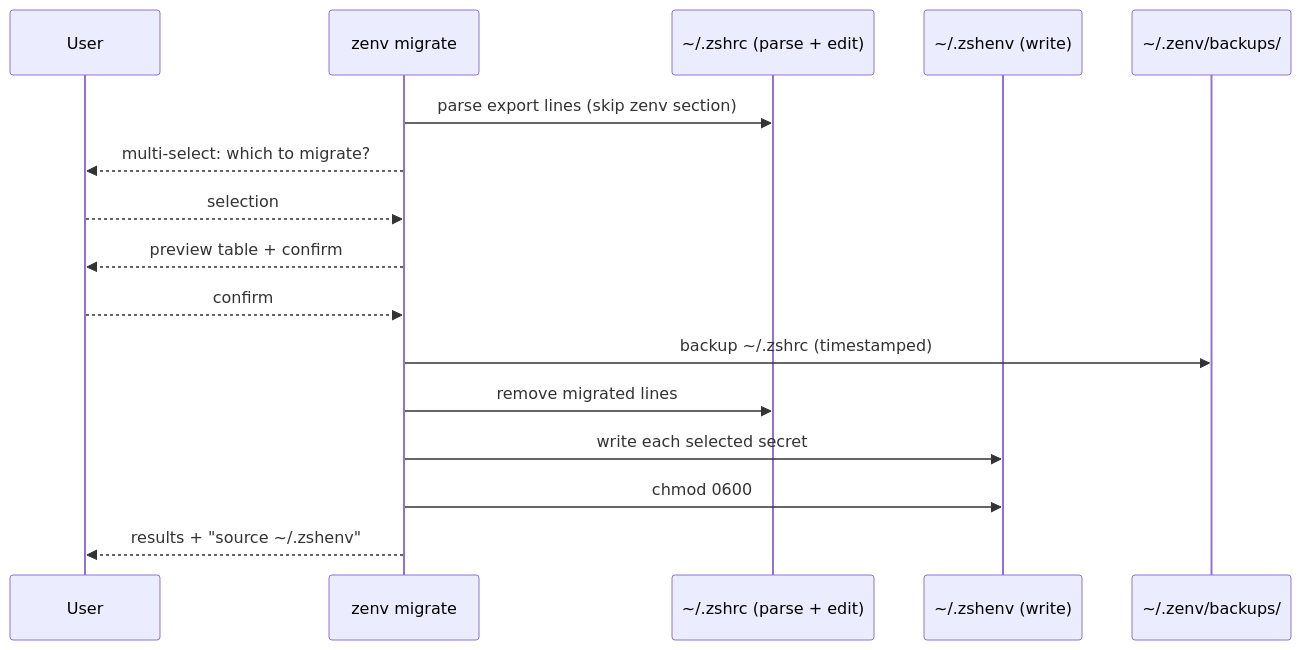
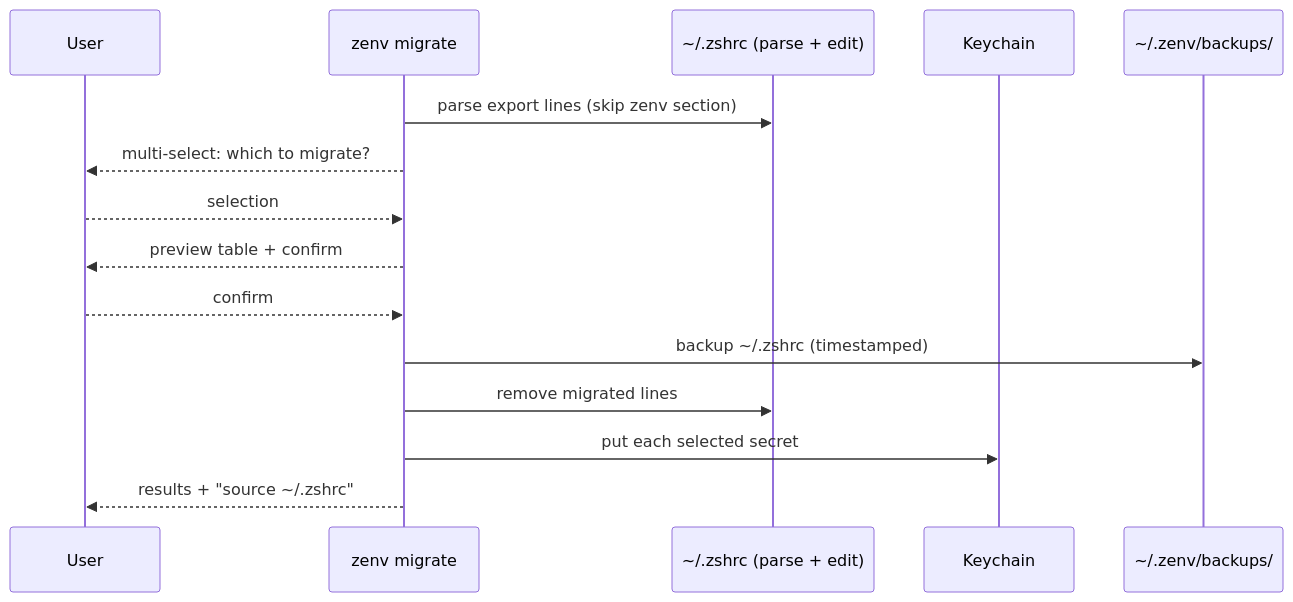
The first of 5 diagrams in docs/book/ch07-migration.md (hcuong-me/zenv), drawn with Mermaid before and after one commit. The commit also changed other lines of this file and 3 other files, not shown here.

````diff
--- a/docs/book/ch07-migration.md
+++ b/docs/book/ch07-migration.md
@@ -13,19 +13,18 @@
 ```mermaid
 sequenceDiagram
     participant U as User
     participant Z as zenv migrate
     participant ZR as ~/.zshrc (parse + edit)
-    participant ZE as ~/.zshenv (write)
+    participant KC as Keychain
     participant BU as ~/.zenv/backups/
 
     Z->>ZR: parse export lines (skip zenv section)
     Z-->>U: multi-select: which to migrate?
     U-->>Z: selection
     Z-->>U: preview table + confirm
     U-->>Z: confirm
     Z->>BU: backup ~/.zshrc (timestamped)
     Z->>ZR: remove migrated lines
-    Z->>ZE: write each selected secret
-    Z->>ZE: chmod 0600
-    Z-->>U: results + "source ~/.zshenv"
+    Z->>KC: put each selected secret
+    Z-->>U: results + "source ~/.zshrc"
 ```
````
